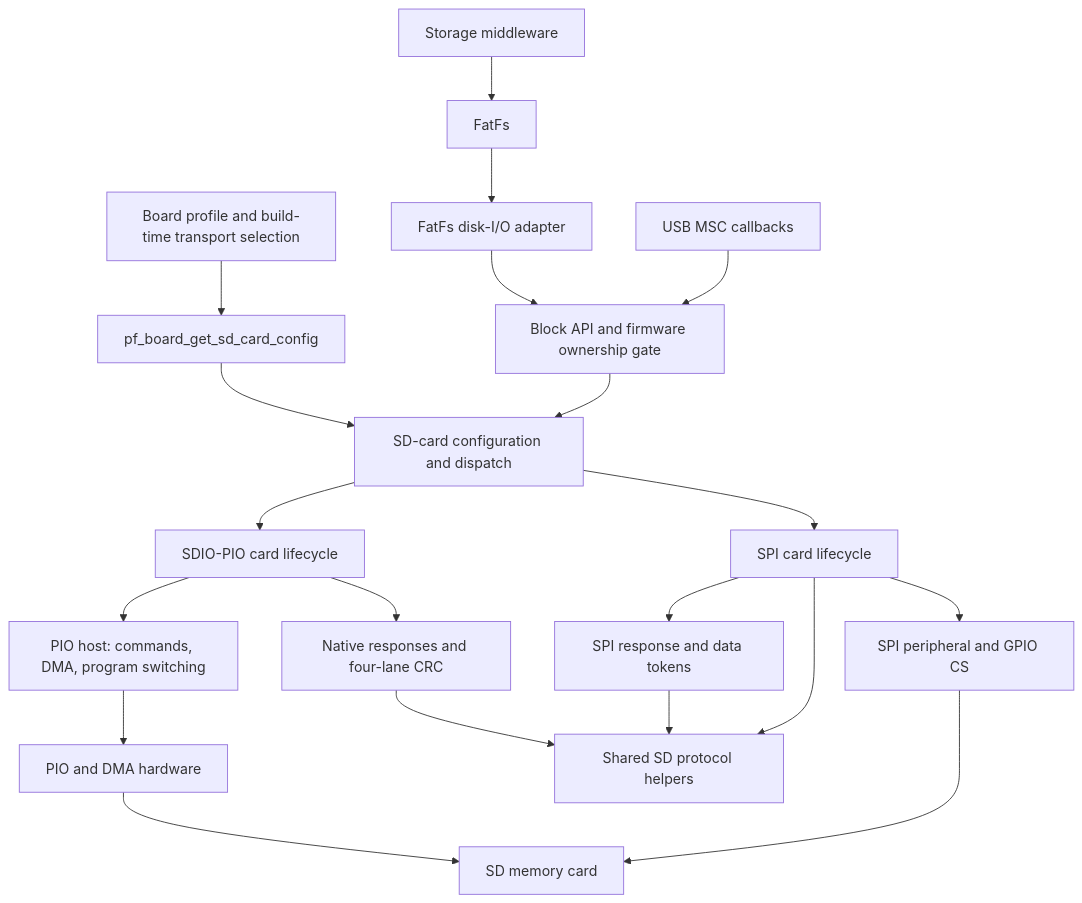
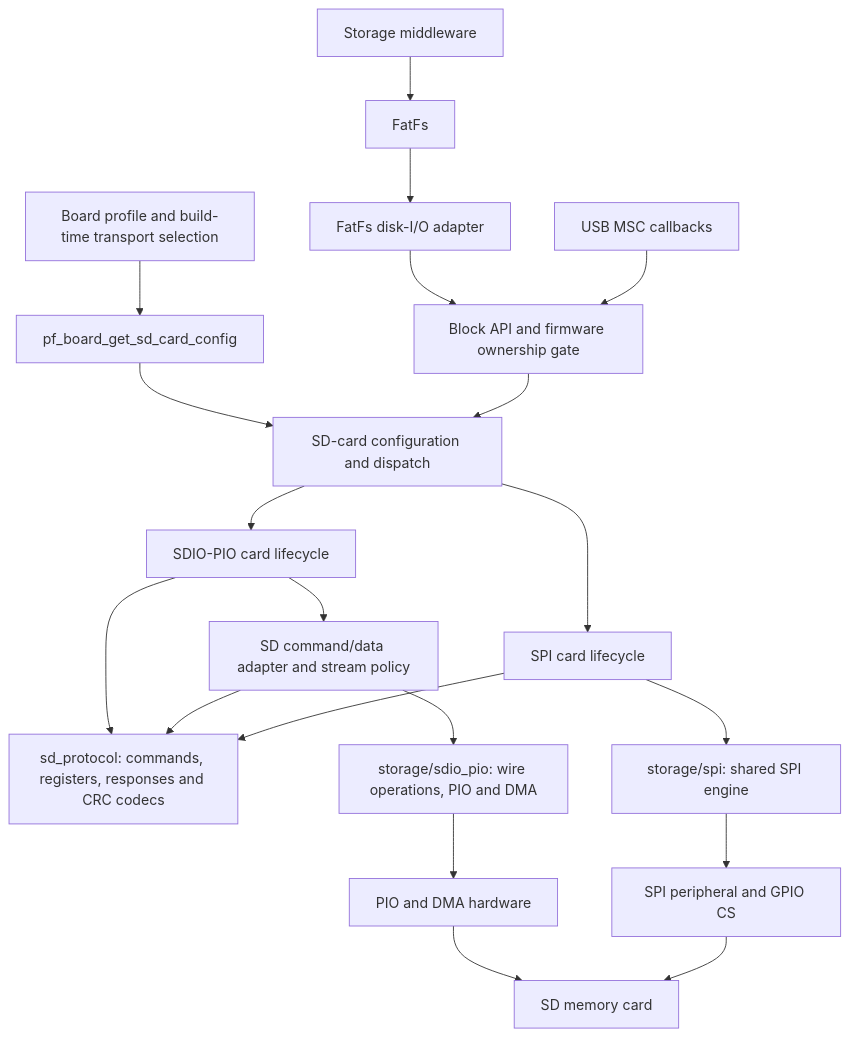
One commit to djwinter29-oss/PicoForge changed the first of 5 diagrams in docs/sdcard-design.md. Above: the diagram before and after it, drawn with Mermaid. The commit also changed other lines of this file and 256 other files, not shown here.

````diff
--- a/docs/sdcard-design.md
+++ b/docs/sdcard-design.md
@@ -15,22 +73,22 @@
 ```mermaid
 flowchart TD
     Board[Board profile and build-time transport selection] --> Config[pf_board_get_sd_card_config]
     Config --> Card[SD-card configuration and dispatch]
     Storage[Storage middleware] --> FatFs[FatFs]
     FatFs --> Disk[FatFs disk-I/O adapter]
     Disk --> Gate[Block API and firmware ownership gate]
     MSC[USB MSC callbacks] --> Gate
     Gate --> Card
     Card --> Native[SDIO-PIO card lifecycle]
     Card --> SPI[SPI card lifecycle]
-    Native --> Host[PIO host: commands, DMA, program switching]
-    Native --> NativeProtocol[Native responses and four-lane CRC]
-    SPI --> SPIProtocol[SPI response and data tokens]
-    NativeProtocol --> Shared[Shared SD protocol helpers]
-    SPIProtocol --> Shared
+    Native --> Host[SD command/data adapter and stream policy]
+    Native --> Shared[sd_protocol: commands, registers, responses and CRC codecs]
+    Host --> Shared
     SPI --> Shared
-    Host --> PIO[PIO and DMA hardware]
-    SPI --> Peripheral[SPI peripheral and GPIO CS]
+    Host --> NativeBus[storage/sdio_pio: wire operations, PIO and DMA]
+    NativeBus --> PIO[PIO and DMA hardware]
+    SPI --> SerialBus[storage/spi: shared SPI engine]
+    SerialBus --> Peripheral[SPI peripheral and GPIO CS]
     PIO --> Media[SD memory card]
     Peripheral --> Media
 ```
````
